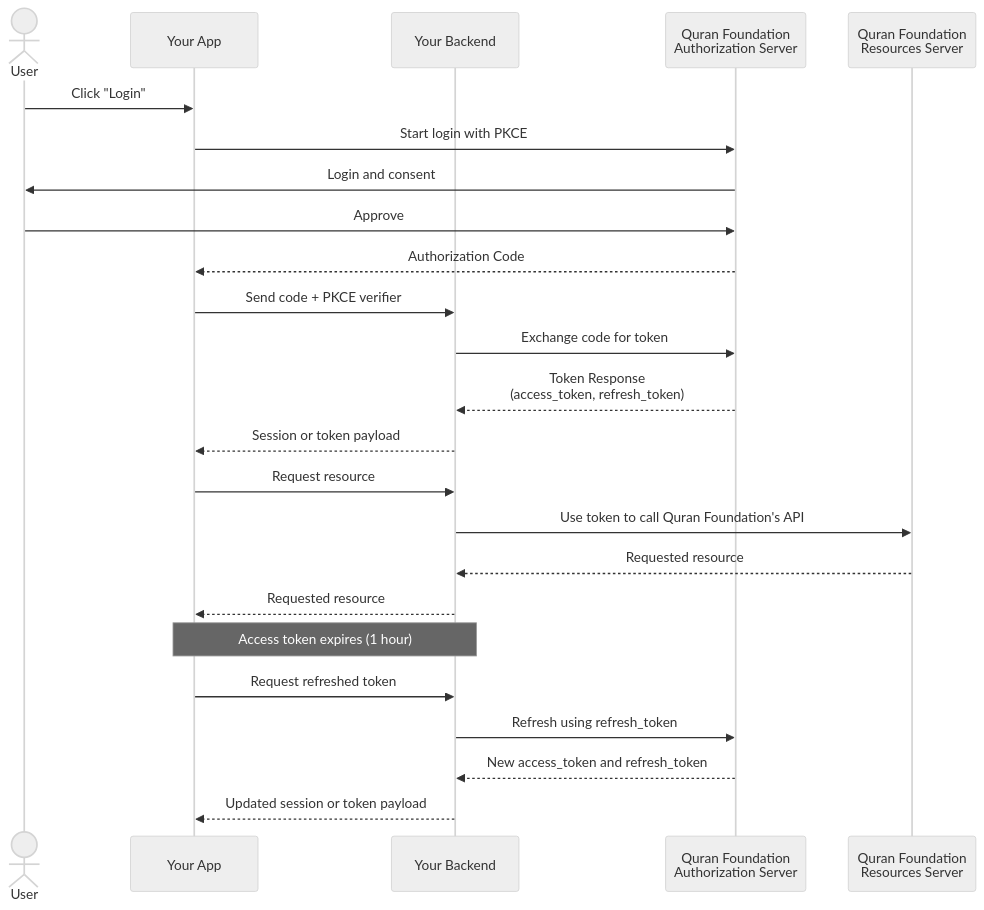
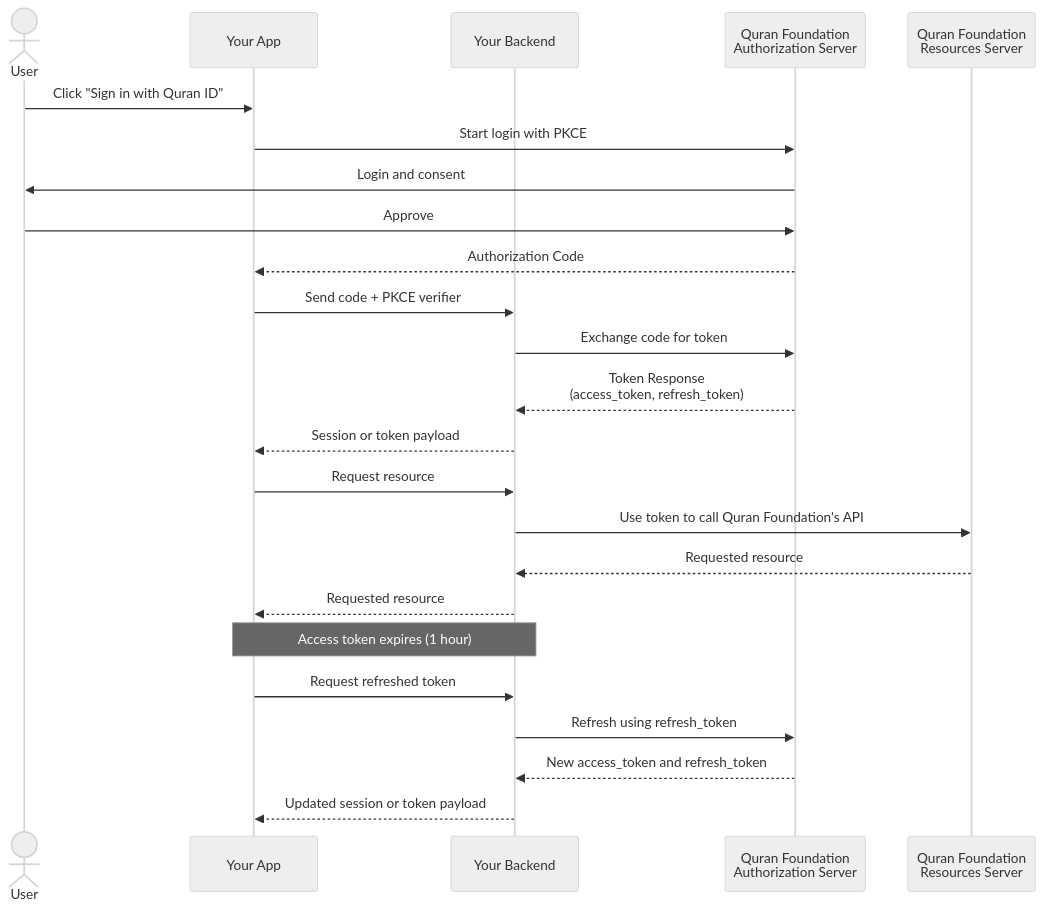
Before and after one commit to quran/qf-api-docs: the diagram in docs/tutorials/oidc/getting-started-with-oauth2.mdx, drawn with Mermaid (neutral theme). The commit also changed other lines of this file and 31 other files, not shown here.

First line of the commit message:
docs: present user sign-in as Quran ID across the docs (#262)

````diff
--- a/docs/tutorials/oidc/getting-started-with-oauth2.mdx
+++ b/docs/tutorials/oidc/getting-started-with-oauth2.mdx
@@ -82,30 +85,30 @@
 ```mermaid
 sequenceDiagram
     actor User
     participant App as Your App
     participant Backend as Your Backend
     participant Auth as Quran Foundation<br/>Authorization Server
     participant API as Quran Foundation<br/>Resources Server
 
-    User->>App: Click "Login"
+    User->>App: Click "Sign in with Quran ID"
     App->>Auth: Start login with PKCE
     Auth->>User: Login and consent
     User->>Auth: Approve
     Auth-->>App: Authorization Code
     App->>Backend: Send code + PKCE verifier
     Backend->>Auth: Exchange code for token
     Auth-->>Backend: Token Response<br/>(access_token, refresh_token)
     Backend-->>App: Session or token payload
 
     App->>Backend: Request resource
     Backend->>API: Use token to call Quran Foundation's API
     API-->>Backend: Requested resource
     Backend-->>App: Requested resource
 
     Note over App,Backend: Access token expires (1 hour)
 
     App->>Backend: Request refreshed token
     Backend->>Auth: Refresh using refresh_token
     Auth-->>Backend: New access_token and refresh_token
     Backend-->>App: Updated session or token payload
 ```
````
